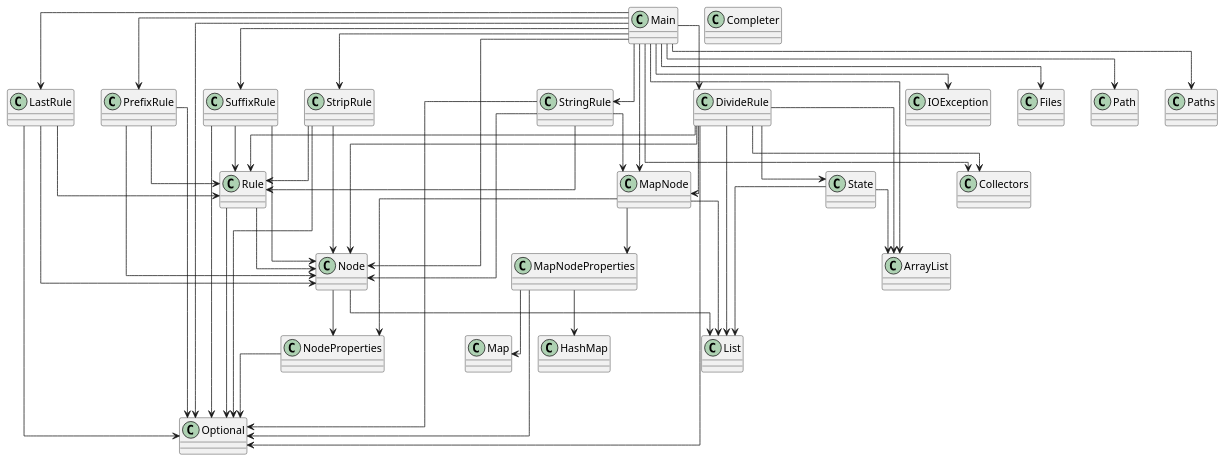
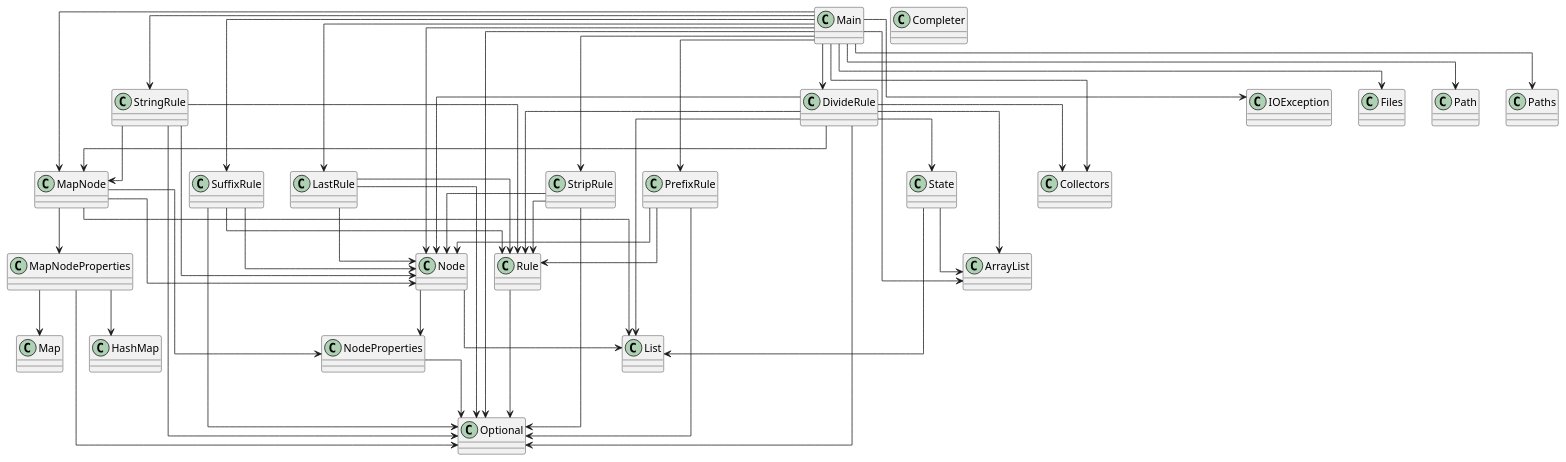
One commit to SirMathhman/Magma changed the diagram in diagram.puml. Above: the diagram before and after it, drawn with PlantUML. The commit also changed 10 other files, not shown here.

```diff
--- a/diagram.puml
+++ b/diagram.puml
@@ -1,69 +1,69 @@
 @startuml
 skinparam linetype ortho
 class MapNodeProperties
 MapNodeProperties --> HashMap
 MapNodeProperties --> Map
 MapNodeProperties --> Optional
 class Node
 Node --> NodeProperties
 Node --> List
 class NodeProperties
 NodeProperties --> Optional
 class Rule
-Rule --> Node
 Rule --> Optional
 class Completer
 class LastRule
 LastRule --> Node
 LastRule --> Rule
 LastRule --> Optional
 class DivideRule
 DivideRule --> MapNode
 DivideRule --> Node
 DivideRule --> Rule
 DivideRule --> State
 DivideRule --> ArrayList
 DivideRule --> List
 DivideRule --> Optional
 DivideRule --> Collectors
 class PrefixRule
 PrefixRule --> Node
 PrefixRule --> Rule
 PrefixRule --> Optional
 class StringRule
 StringRule --> MapNode
 StringRule --> Node
 StringRule --> Rule
 StringRule --> Optional
 class SuffixRule
 SuffixRule --> Node
 SuffixRule --> Rule
 SuffixRule --> Optional
 class StripRule
 StripRule --> Node
 StripRule --> Rule
 StripRule --> Optional
 class Main
 Main --> MapNode
 Main --> Node
 Main --> DivideRule
 Main --> LastRule
 Main --> PrefixRule
 Main --> StringRule
 Main --> StripRule
 Main --> SuffixRule
 Main --> IOException
 Main --> Files
 Main --> Path
 Main --> Paths
 Main --> ArrayList
 Main --> Optional
 Main --> Collectors
 class MapNode
+MapNode --> Node
 MapNode --> MapNodeProperties
 MapNode --> NodeProperties
 MapNode --> List
 class State
 State --> ArrayList
 State --> List
 @enduml
```
